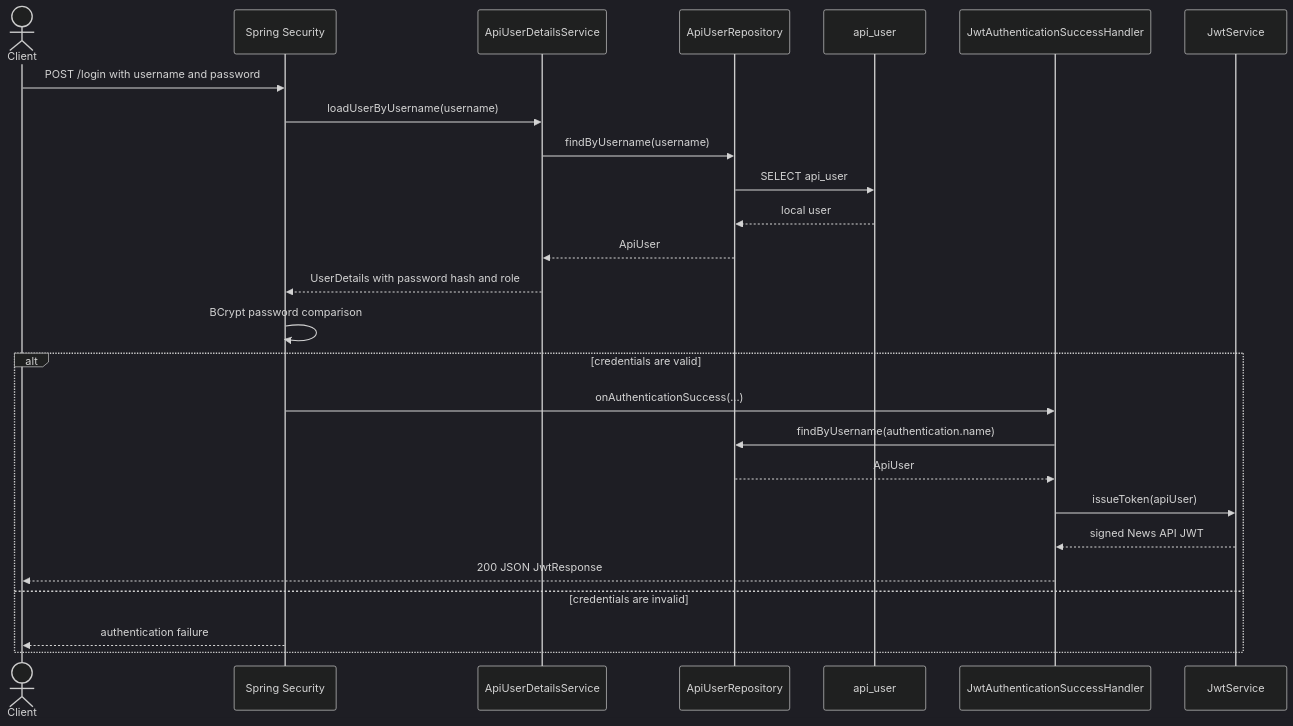
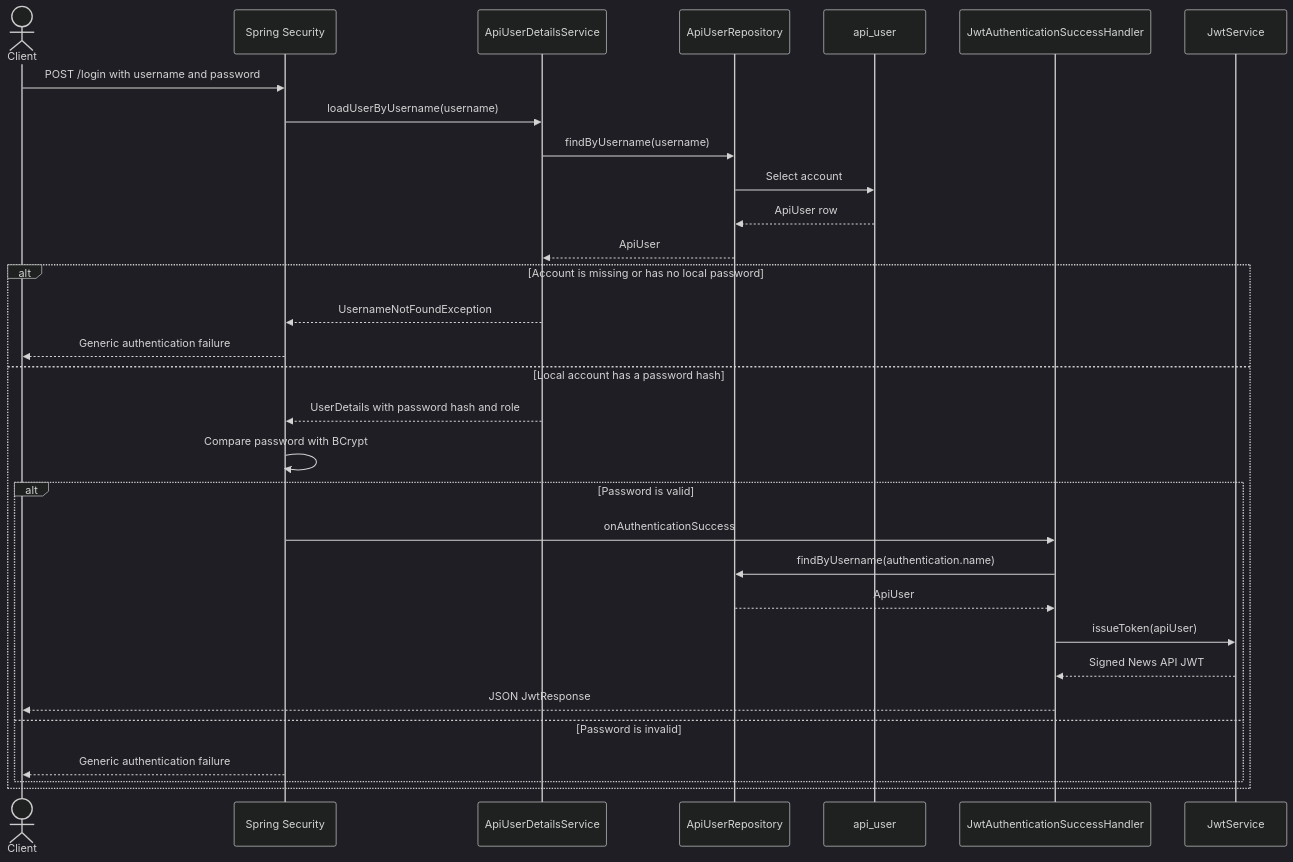
Before and after one commit to predat-r/news-api: the second of 8 diagrams in docs/authentication-flow.md, drawn with Mermaid (dark theme). The commit also changed other lines of this file, not shown here.

Commit message:
docs(auth): update authentication flows and OAuth identity loading

````diff
--- a/docs/authentication-flow.md
+++ b/docs/authentication-flow.md
@@ -88,29 +139,34 @@
 ```mermaid
 sequenceDiagram
     actor Client
     participant Security as Spring Security
-    participant UserDetailsSvc as ApiUserDetailsService
-    participant Repo as ApiUserRepository
-    participant DB as api_user
+    participant UserLoader as ApiUserDetailsService
+    participant UserRepo as ApiUserRepository
+    participant UserDB as api_user
     participant Handler as JwtAuthenticationSuccessHandler
     participant JWT as JwtService
 
     Client->>Security: POST /login with username and password
-    Security->>UserDetailsSvc: loadUserByUsername(username)
-    UserDetailsSvc->>Repo: findByUsername(username)
-    Repo->>DB: SELECT api_user
-    DB-->>Repo: local user
-    Repo-->>UserDetailsSvc: ApiUser
-    UserDetailsSvc-->>Security: UserDetails with password hash and role
-    Security->>Security: BCrypt password comparison
-    alt credentials are valid
-        Security->>Handler: onAuthenticationSuccess(...)
-        Handler->>Repo: findByUsername(authentication.name)
-        Repo-->>Handler: ApiUser
-        Handler->>JWT: issueToken(apiUser)
-        JWT-->>Handler: signed News API JWT
-        Handler-->>Client: 200 JSON JwtResponse
-    else credentials are invalid
-        Security-->>Client: authentication failure
+    Security->>UserLoader: loadUserByUsername(username)
+    UserLoader->>UserRepo: findByUsername(username)
+    UserRepo->>UserDB: Select account
+    UserDB-->>UserRepo: ApiUser row
+    UserRepo-->>UserLoader: ApiUser
+    alt Account is missing or has no local password
+        UserLoader-->>Security: UsernameNotFoundException
+        Security-->>Client: Generic authentication failure
+    else Local account has a password hash
+        UserLoader-->>Security: UserDetails with password hash and role
+        Security->>Security: Compare password with BCrypt
+        alt Password is valid
+            Security->>Handler: onAuthenticationSuccess
+            Handler->>UserRepo: findByUsername(authentication.name)
+            UserRepo-->>Handler: ApiUser
+            Handler->>JWT: issueToken(apiUser)
+            JWT-->>Handler: Signed News API JWT
+            Handler-->>Client: JSON JwtResponse
+        else Password is invalid
+            Security-->>Client: Generic authentication failure
+        end
     end
 ```
````
